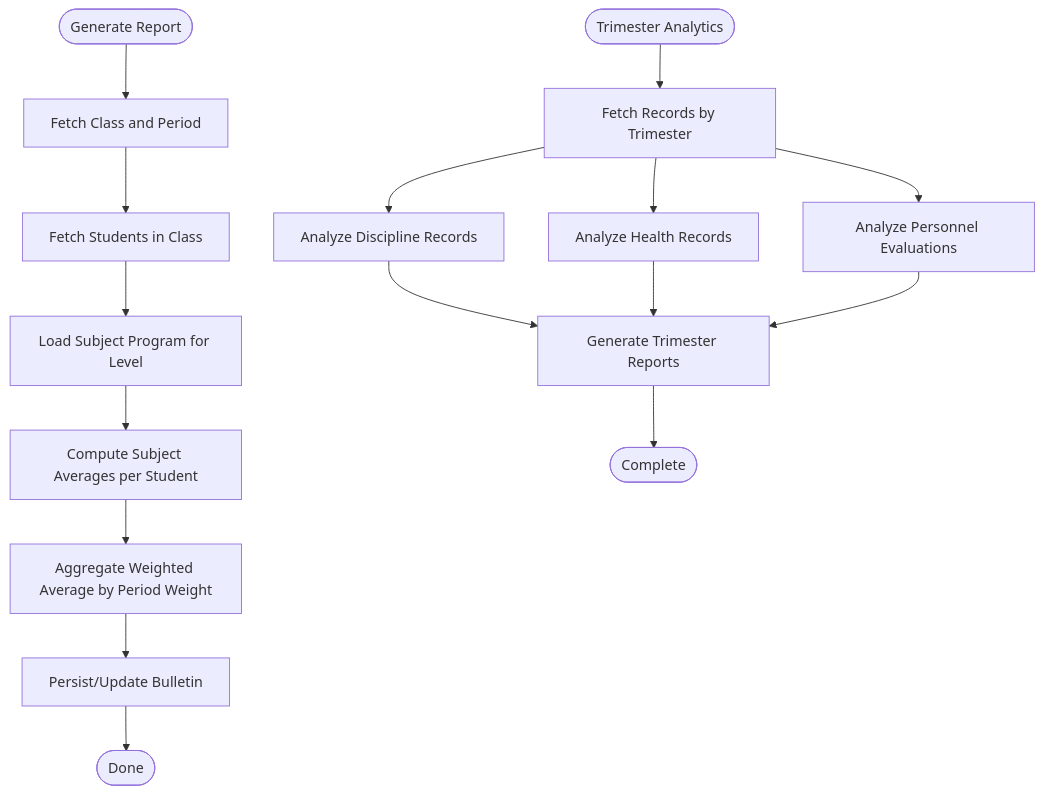
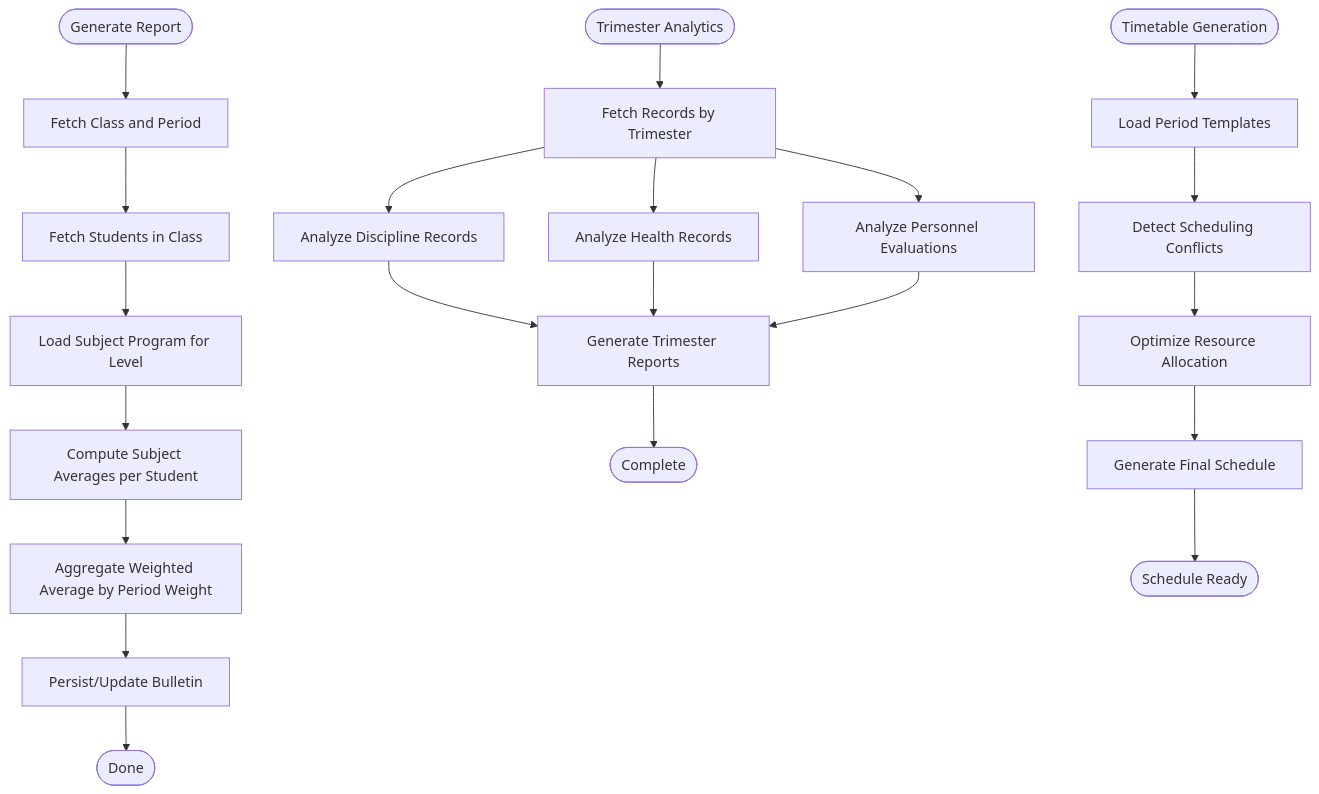
The fifth of 6 diagrams in .qoder/repowiki/en/content/Modules & Features/Academic Modules/Academic Periods & Scheduling.md (franckylab/eLISAschool), drawn with Mermaid before and after one commit. The commit also changed other lines of this file and 53 other files, not shown here.

````diff
--- a/.qoder/repowiki/en/content/Modules & Features/Academic Modules/Academic Periods & Scheduling.md
+++ b/.qoder/repowiki/en/content/Modules & Features/Academic Modules/Academic Periods & Scheduling.md
@@ -392,18 +502,23 @@
 ```mermaid
 flowchart TD
 Start(["Generate Report"]) --> FetchClass["Fetch Class and Period"]
 FetchClass --> Students["Fetch Students in Class"]
 Students --> Subjects["Load Subject Program for Level"]
 Subjects --> Grades["Compute Subject Averages per Student"]
 Grades --> WeightAvg["Aggregate Weighted Average by Period Weight"]
 WeightAvg --> SaveReport["Persist/Update Bulletin"]
 SaveReport --> End(["Done"])
 Start2(["Trimester Analytics"]) --> FetchTrimester["Fetch Records by Trimester"]
 FetchTrimester --> Discipline["Analyze Discipline Records"]
 FetchTrimester --> Health["Analyze Health Records"]
 FetchTrimester --> Personnel["Analyze Personnel Evaluations"]
 Discipline --> GenerateReport2["Generate Trimester Reports"]
 Health --> GenerateReport2
 Personnel --> GenerateReport2
 GenerateReport2 --> End2(["Complete"])
+Start3(["Timetable Generation"]) --> LoadTemplates["Load Period Templates"]
+LoadTemplates --> DetectConflicts["Detect Scheduling Conflicts"]
+DetectConflicts --> OptimizeAllocation["Optimize Resource Allocation"]
+OptimizeAllocation --> GenerateSchedule["Generate Final Schedule"]
+GenerateSchedule --> End3(["Schedule Ready"])
 ```
````
